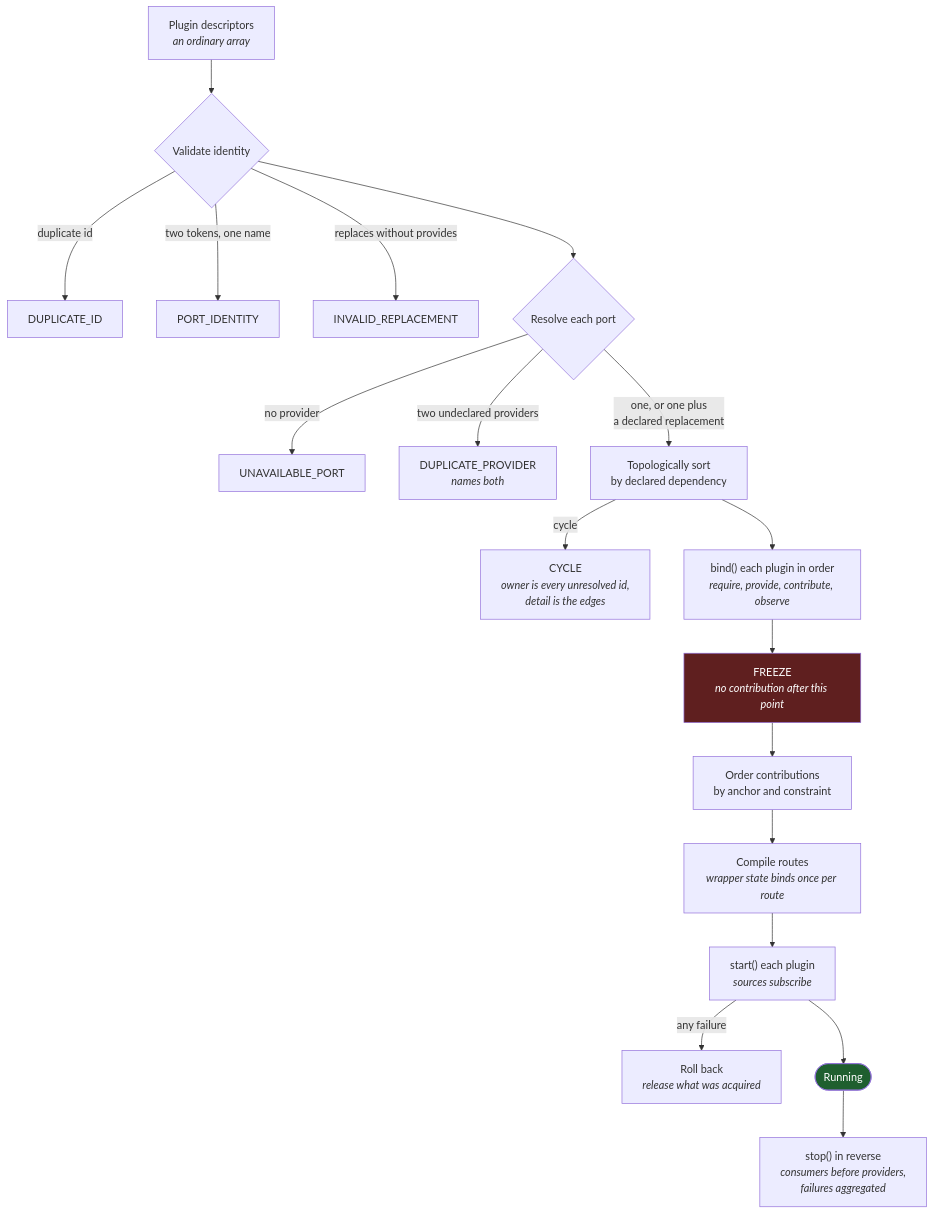
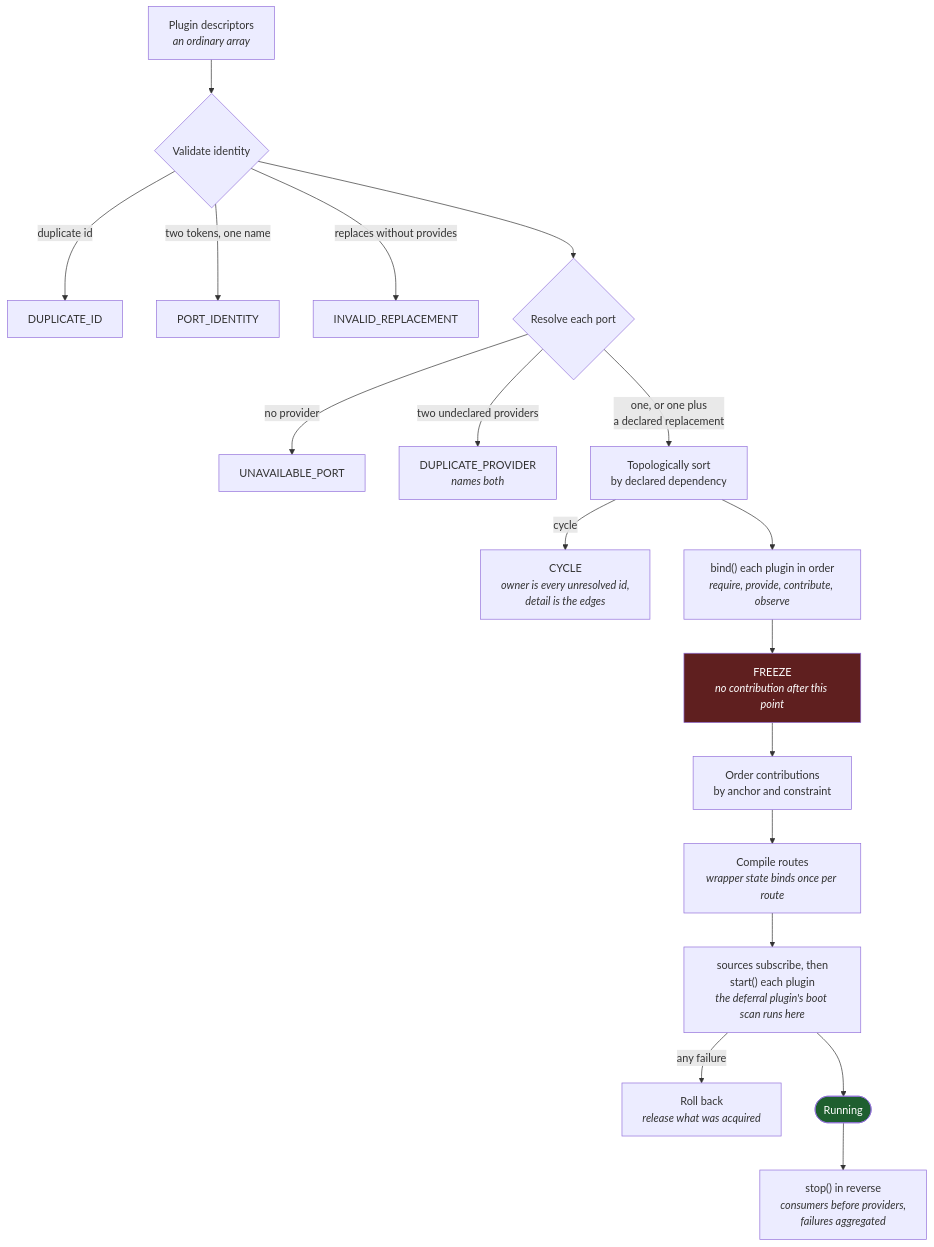
The third of 6 diagrams in spikes/plugin-architecture/DIAGRAMS-MECHANISM.md (routecraftjs/routecraft), drawn with Mermaid before and after one commit. The commit also changed other lines of this file and 20 other files, not shown here.

````diff
--- a/spikes/plugin-architecture/DIAGRAMS-MECHANISM.md
+++ b/spikes/plugin-architecture/DIAGRAMS-MECHANISM.md
@@ -136,23 +136,23 @@
 ```mermaid
 flowchart TD
     A["Plugin descriptors<br/><i>an ordinary array</i>"] --> B{"Validate identity"}
     B -->|"duplicate id"| X1["DUPLICATE_ID"]
     B -->|"two tokens, one name"| X2["PORT_IDENTITY"]
     B -->|"replaces without provides"| X3["INVALID_REPLACEMENT"]
     B --> C{"Resolve each port"}
     C -->|"no provider"| X4["UNAVAILABLE_PORT"]
     C -->|"two undeclared providers"| X5["DUPLICATE_PROVIDER<br/><i>names both</i>"]
     C -->|"one, or one plus<br/>a declared replacement"| D["Topologically sort<br/>by declared dependency"]
     D -->|"cycle"| X6["CYCLE<br/><i>owner is every unresolved id,<br/>detail is the edges</i>"]
     D --> E["bind() each plugin in order<br/><i>require, provide, contribute, observe</i>"]
     E --> F["FREEZE<br/><i>no contribution after this point</i>"]
     F --> G["Order contributions<br/>by anchor and constraint"]
     G --> H["Compile routes<br/><i>wrapper state binds once per route</i>"]
-    H --> I["start() each plugin<br/><i>sources subscribe</i>"]
+    H --> I["sources subscribe, then<br/>start() each plugin<br/><i>the deferral plugin's boot scan runs here</i>"]
     I -->|"any failure"| R["Roll back<br/><i>release what was acquired</i>"]
     I --> J(["Running"])
     J --> K["stop() in reverse<br/><i>consumers before providers,<br/>failures aggregated</i>"]
 
     style F fill:#5f1f1f,color:#fff
     style J fill:#1f5f2f,color:#fff
 ```
````
